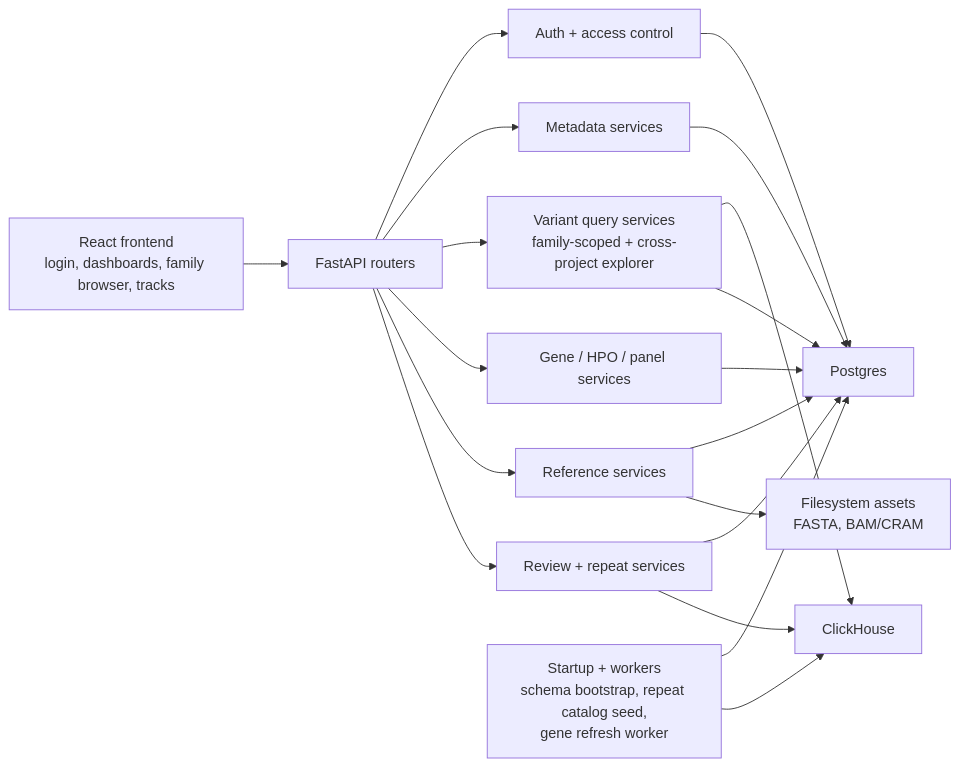
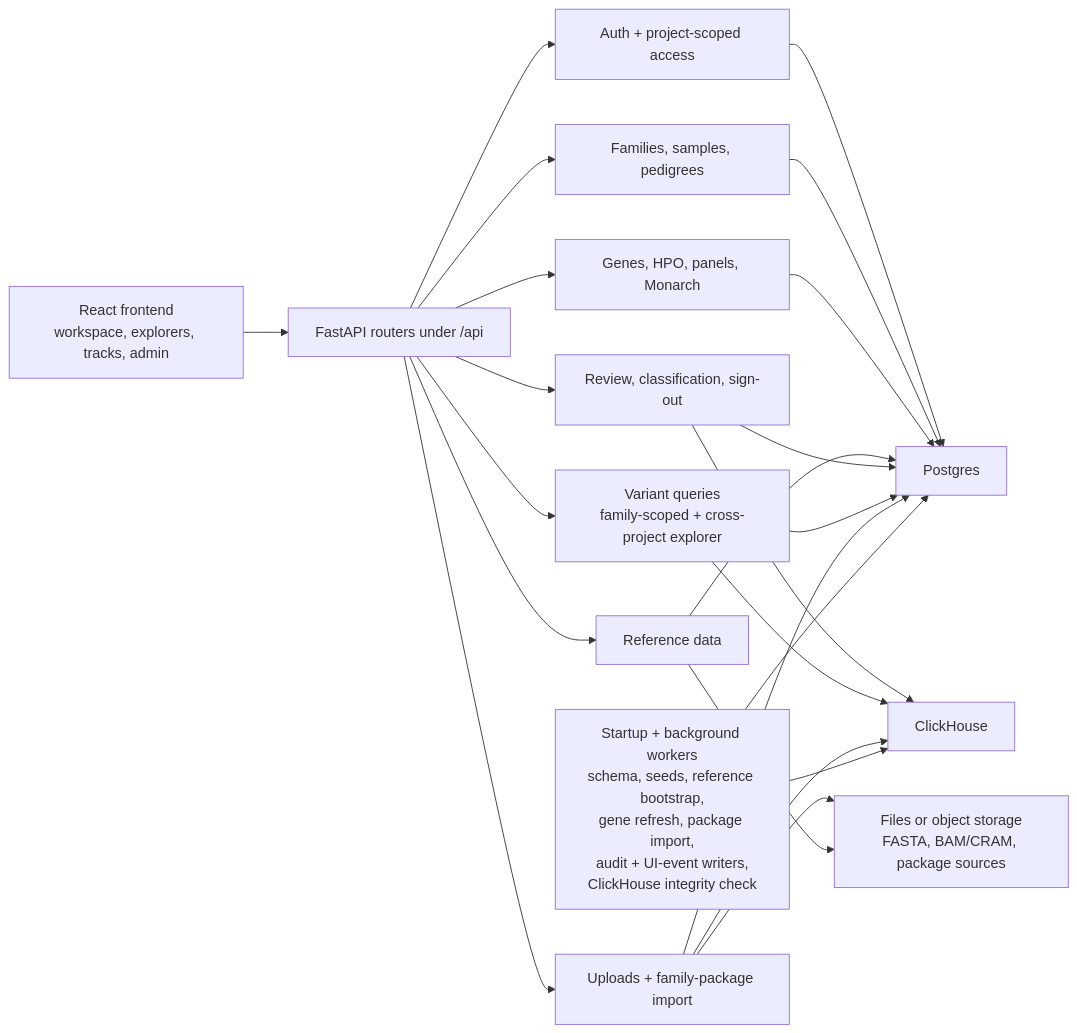
Before and after one commit to bmenten/CoGA: the diagram in docs/application-scheme.md, drawn with Mermaid. The commit also changed other lines of this file and 6 other files, not shown here.

First line of the commit message:
docs: one setup guide, one architecture doc, one roadmap

````diff
--- a/docs/application-scheme.md
+++ b/docs/application-scheme.md
@@ -3,26 +7,29 @@
 ```mermaid
 flowchart LR
-    UI["React frontend<br/>login, dashboards, family browser, tracks"] --> API["FastAPI routers"]
+    UI["React frontend<br/>workspace, explorers, tracks, admin"] --> API["FastAPI routers under /api"]
 
-    API --> AUTH["Auth + access control"]
-    API --> META["Metadata services"]
-    API --> VAR["Variant query services<br/>family-scoped + cross-project explorer"]
-    API --> GENE["Gene / HPO / panel services"]
-    API --> REF["Reference services"]
-    API --> REVIEW["Review + repeat services"]
+    API --> AUTH["Auth + project-scoped access"]
+    API --> META["Families, samples, pedigrees"]
+    API --> VAR["Variant queries<br/>family-scoped + cross-project explorer"]
+    API --> GENE["Genes, HPO, panels, Monarch"]
+    API --> REF["Reference data"]
+    API --> REVIEW["Review, classification, sign-out"]
+    API --> IMPORT["Uploads + family-package import"]
 
     AUTH --> PG["Postgres"]
     META --> PG
     GENE --> PG
     REF --> PG
     REVIEW --> PG
+    REVIEW --> CH["ClickHouse"]
+    VAR --> CH
+    VAR --> PG
+    IMPORT --> PG
+    IMPORT --> CH
 
-    VAR --> CH["ClickHouse"]
-    VAR --> PG
-    REVIEW --> CH
+    IMPORT --> FS["Files or object storage<br/>FASTA, BAM/CRAM, package sources"]
+    REF --> FS
 
-    REF --> FS["Filesystem assets<br/>FASTA, BAM/CRAM"]
-
-    JOBS["Startup + workers<br/>schema bootstrap, repeat catalog seed,<br/>gene refresh worker"] --> PG
+    JOBS["Startup + background workers<br/>schema, seeds, reference bootstrap,<br/>gene refresh, package import,<br/>audit + UI-event writers,<br/>ClickHouse integrity check"] --> PG
     JOBS --> CH
 ```
````
